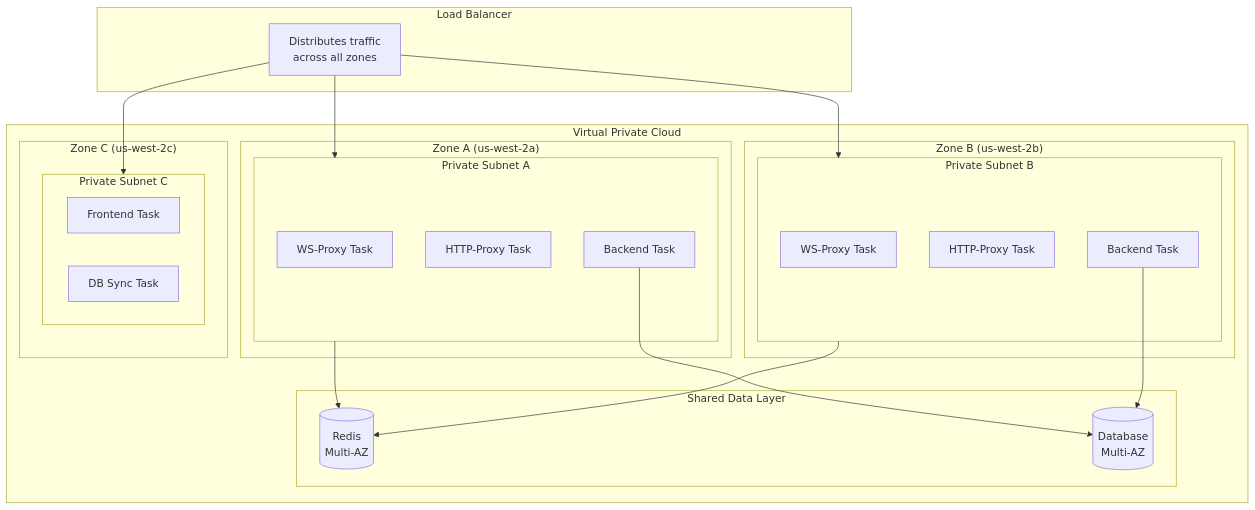
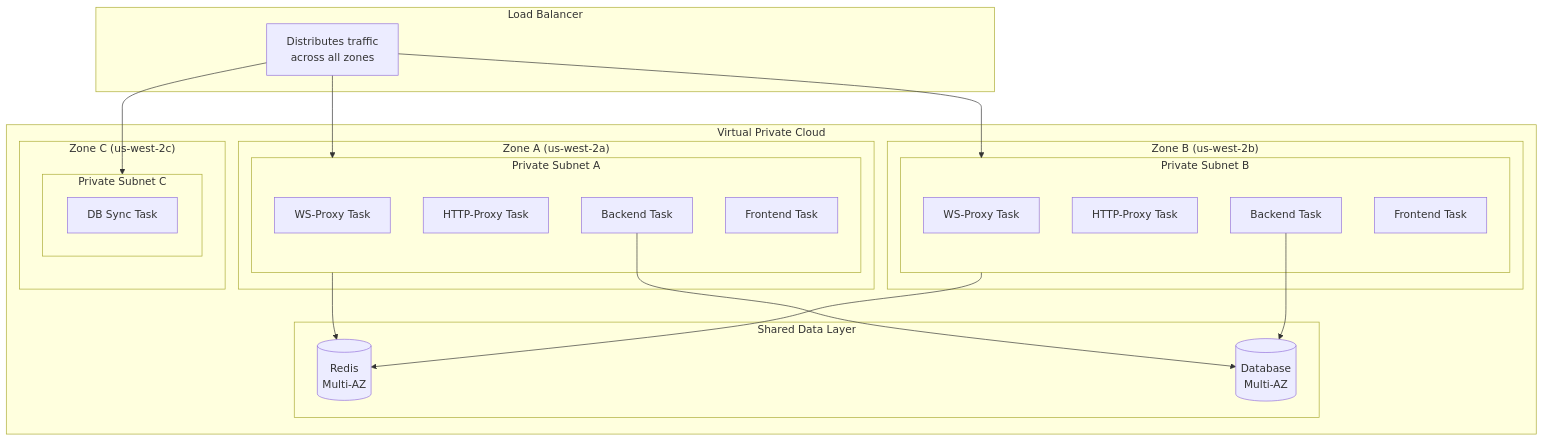
One commit to aldea-ai/infrastructure-docs changed the third of 8 diagrams in diagrams/ecs-architecture.md. Above: the diagram before and after it, drawn with Mermaid.

Commit message:
Add frontend tasks to Zone A and Zone B in AZ diagram

````diff
--- a/diagrams/ecs-architecture.md
+++ b/diagrams/ecs-architecture.md
@@ -83,40 +83,41 @@
 ```mermaid
 flowchart TB
     subgraph ALB["Load Balancer"]
         LB[Distributes traffic<br/>across all zones]
     end
 
     subgraph VPC["Virtual Private Cloud"]
         subgraph AZ_A["Zone A (us-west-2a)"]
             subgraph SubA["Private Subnet A"]
                 WS_A[WS-Proxy Task]
                 HTTP_A[HTTP-Proxy Task]
                 BE_A[Backend Task]
+                FE_A[Frontend Task]
             end
         end
 
         subgraph AZ_B["Zone B (us-west-2b)"]
             subgraph SubB["Private Subnet B"]
                 WS_B[WS-Proxy Task]
                 HTTP_B[HTTP-Proxy Task]
                 BE_B[Backend Task]
+                FE_B[Frontend Task]
             end
         end
 
         subgraph AZ_C["Zone C (us-west-2c)"]
             subgraph SubC["Private Subnet C"]
-                FE_C[Frontend Task]
                 SQS_C[DB Sync Task]
             end
         end
 
         subgraph Data["Shared Data Layer"]
             REDIS[(Redis<br/>Multi-AZ)]
             RDS[(Database<br/>Multi-AZ)]
         end
     end
 
     LB --> SubA & SubB & SubC
     SubA & SubB --> REDIS
     BE_A & BE_B --> RDS
 ```
````
